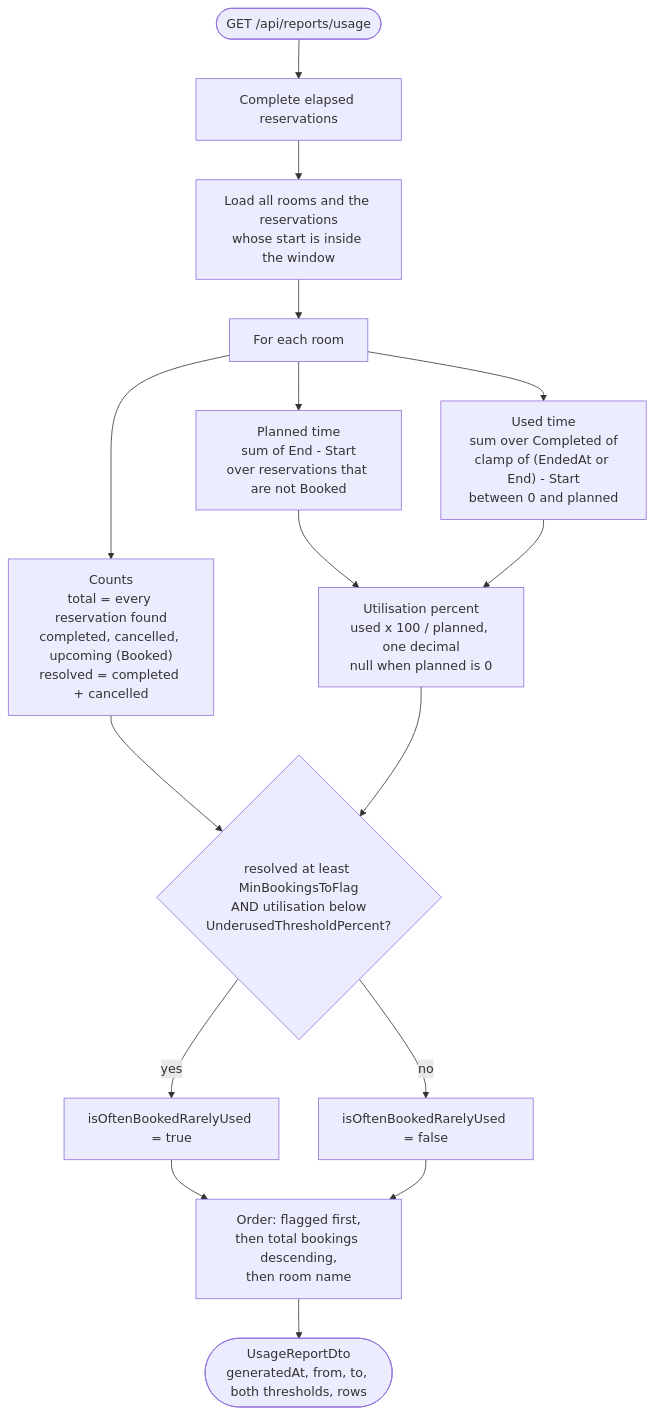
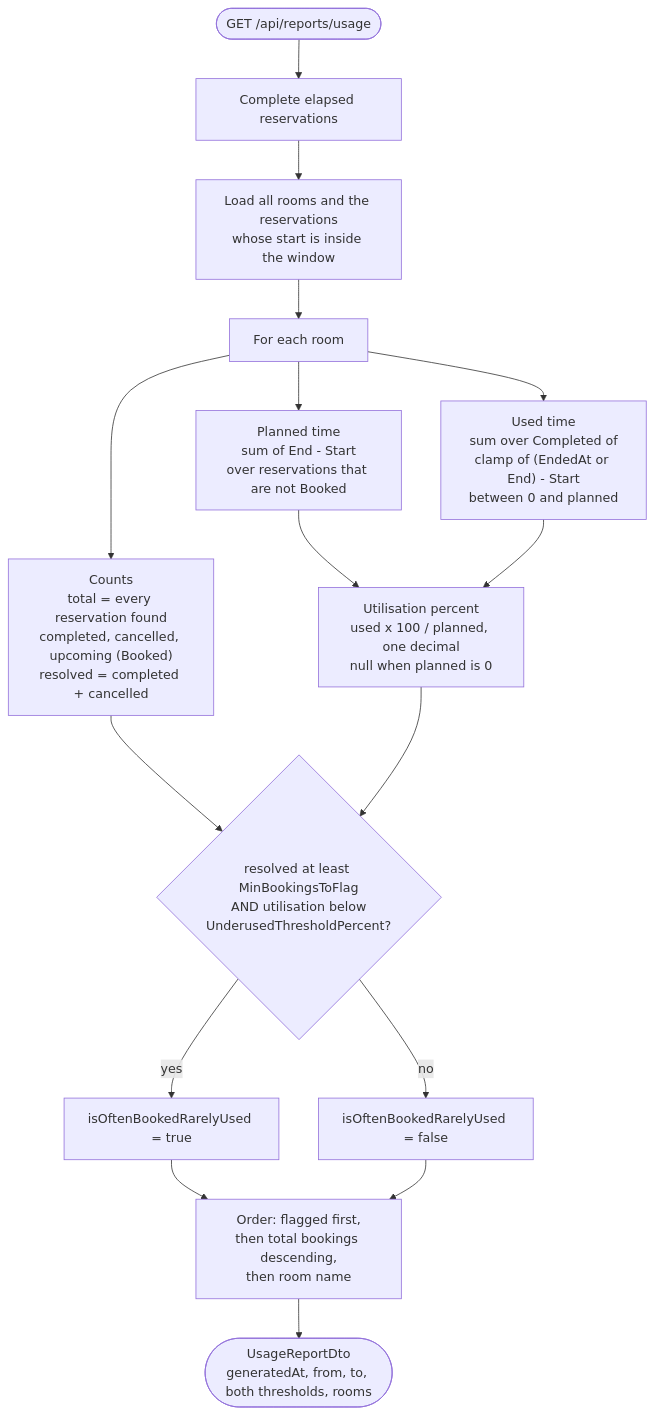
Before and after one commit to Amith-Ganta/Room_Reservation_System_Claude: the eighth of 9 diagrams in README.md, drawn with Mermaid. The commit also changed other lines of this file and 1 other file, not shown here.

````diff
--- a/README.md
+++ b/README.md
@@ -416,22 +417,22 @@
 ```mermaid
 flowchart TD
     req(["GET /api/reports/usage"]) --> complete["Complete elapsed reservations"]
     complete --> load["Load all rooms and the reservations<br/>whose start is inside the window"]
     load --> per["For each room"]
 
     per --> counts["Counts<br/>total = every reservation found<br/>completed, cancelled, upcoming (Booked)<br/>resolved = completed + cancelled"]
     per --> planned["Planned time<br/>sum of End - Start<br/>over reservations that are not Booked"]
     per --> used["Used time<br/>sum over Completed of<br/>clamp of (EndedAt or End) - Start<br/>between 0 and planned"]
 
     planned --> util["Utilisation percent<br/>used x 100 / planned, one decimal<br/>null when planned is 0"]
     used --> util
 
     counts --> flag{"resolved at least MinBookingsToFlag<br/>AND utilisation below<br/>UnderusedThresholdPercent?"}
     util --> flag
     flag -->|yes| flagged["isOftenBookedRarelyUsed = true"]
     flag -->|no| plain["isOftenBookedRarelyUsed = false"]
 
     flagged --> sort["Order: flagged first,<br/>then total bookings descending,<br/>then room name"]
     plain --> sort
-    sort --> dto(["UsageReportDto<br/>generatedAt, from, to, both thresholds, rows"])
+    sort --> dto(["UsageReportDto<br/>generatedAt, from, to, both thresholds, rooms"])
 ```
````
